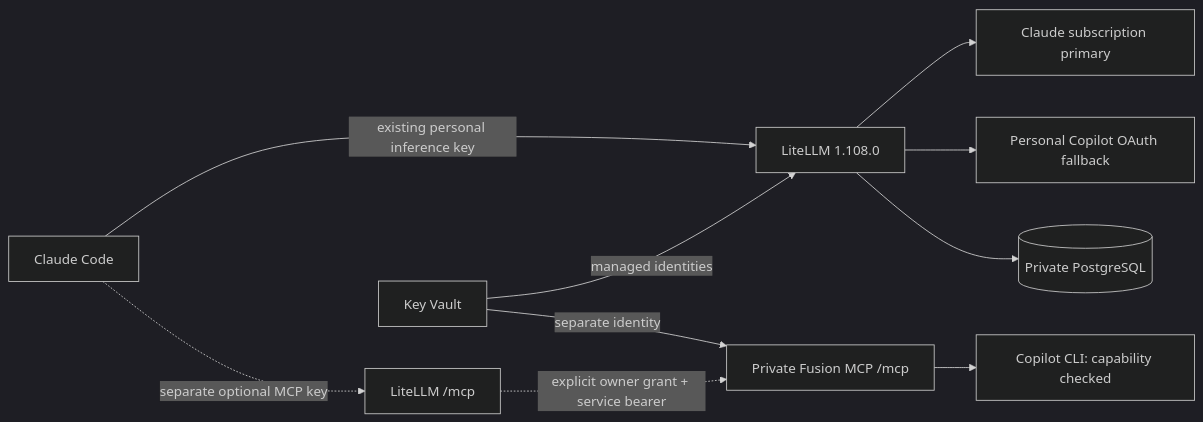
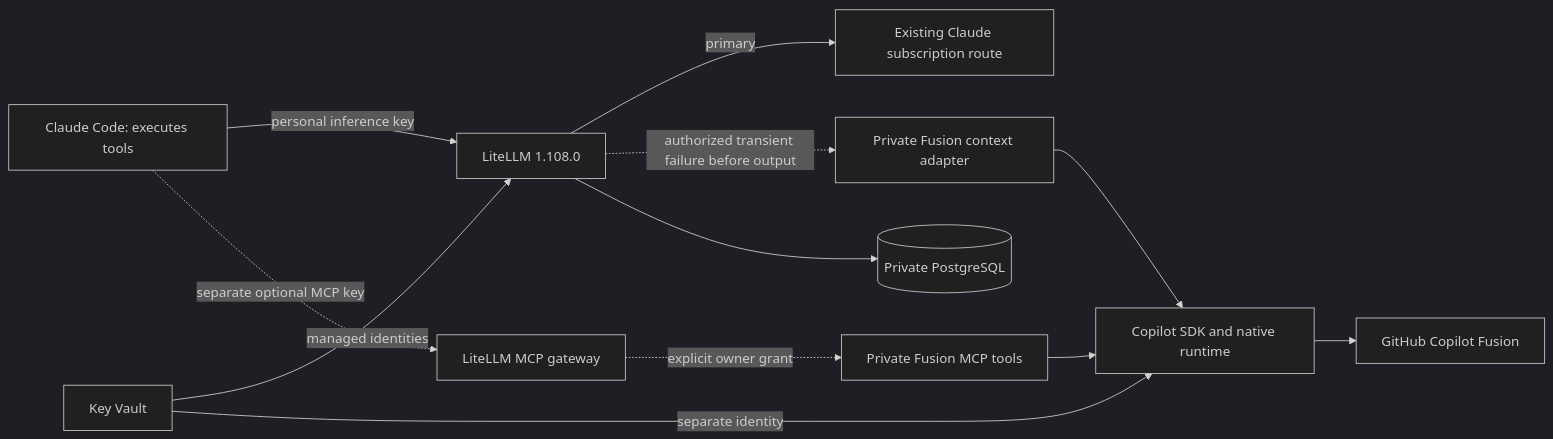
Before and after one commit to ShmuelMax100/claude-teams-litellm-copilot: the diagram in docs/ARCHITECTURE.md, drawn with Mermaid (dark theme). The commit also changed other lines of this file and 59 other files, not shown here.

Commit message:
Use Copilot SDK for guarded Claude-primary Fusion fallback

````diff
--- a/docs/ARCHITECTURE.md
+++ b/docs/ARCHITECTURE.md
@@ -13,12 +8,14 @@
 ```mermaid
 flowchart LR
-  C[Claude Code] -->|existing personal inference key| L[LiteLLM 1.108.0]
-  L --> A[Claude subscription primary]
-  L --> O[Personal Copilot OAuth fallback]
-  C -. separate optional MCP key .-> M[LiteLLM /mcp]
-  M -. explicit owner grant + service bearer .-> F[Private Fusion MCP /mcp]
-  F --> G[Copilot CLI: capability checked]
+  C[Claude Code: executes tools] -->|personal inference key| L[LiteLLM 1.108.0]
+  L -->|primary| A[Existing Claude subscription route]
+  L -. authorized transient failure before output .-> I[Private Fusion context adapter]
+  C -. separate optional MCP key .-> M[LiteLLM MCP gateway]
+  M -. explicit owner grant .-> F[Private Fusion MCP tools]
+  I --> S[Copilot SDK and native runtime]
+  F --> S
+  S --> G[GitHub Copilot Fusion]
   L --> P[(Private PostgreSQL)]
   K[Key Vault] -->|managed identities| L
-  K -->|separate identity| F
+  K -->|separate identity| S
 ```
````
